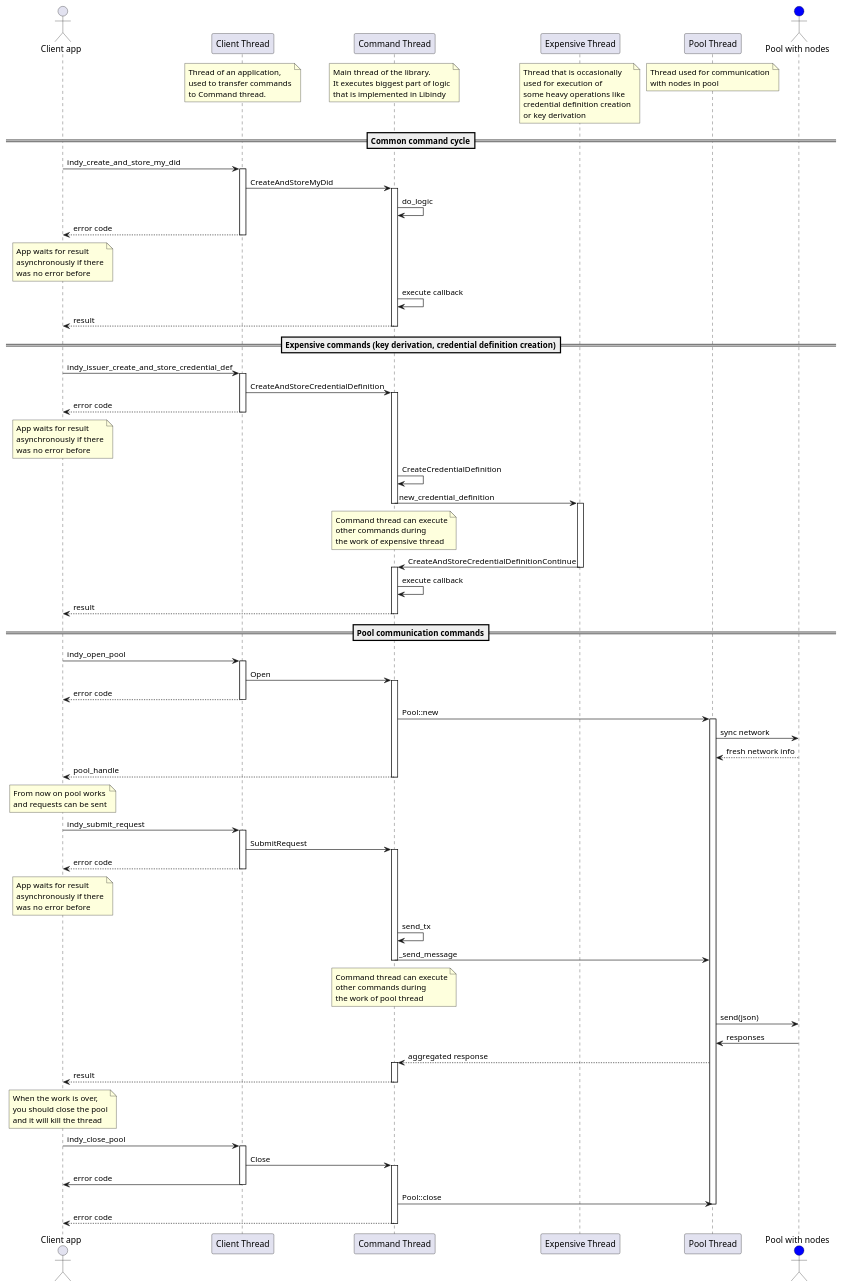
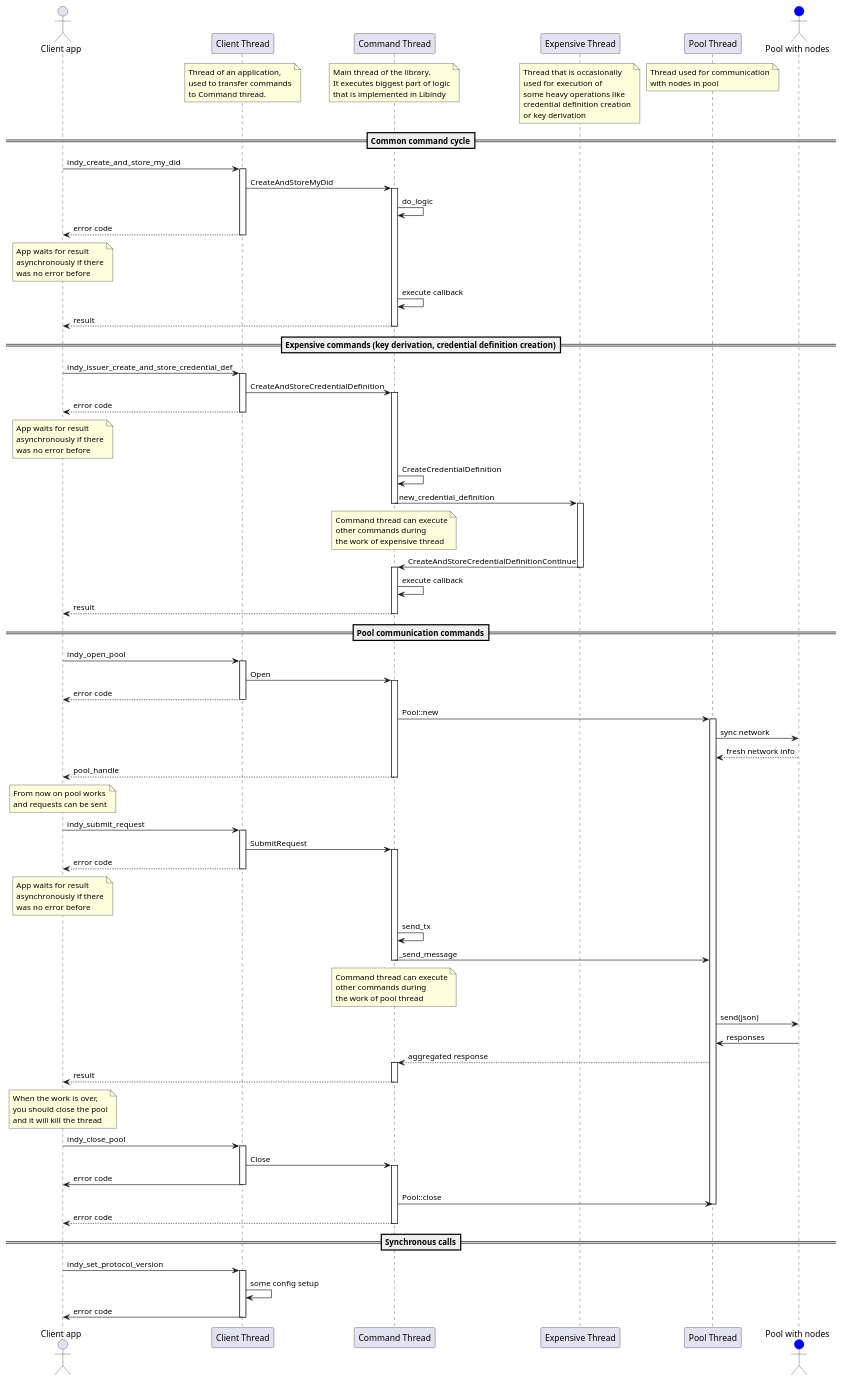
One commit to hyperledger-archives/indy-sdk changed the diagram in docs/architecture/threading-model.puml. Above: the diagram before and after it, drawn with PlantUML. The commit also changed 1 other file, not shown here.

```diff
--- a/docs/architecture/threading-model.puml
+++ b/docs/architecture/threading-model.puml
@@ -1,137 +1,144 @@
 @startuml
 actor "Client app" as App
 participant "Client Thread" as Client
 note over Client
     Thread of an application,
     used to transfer commands
     to Command thread.
 end note
 participant "Command Thread" as Command
 / note over Command
     Main thread of the library.
     It executes biggest part of logic
     that is implemented in Libindy
 end note
 participant "Expensive Thread" as Expensive
 / note over Expensive
     Thread that is occasionally
     used for execution of
     some heavy operations like
     credential definition creation
     or key derivation
 end note
 participant "Pool Thread" as Pool
 / note over Pool
     Thread used for communication
     with nodes in pool
 end note
 actor "Pool with nodes" as Nodes #blue
 
 ==Common command cycle==
 App -> Client: indy_create_and_store_my_did
 activate Client
 Client -> Command: CreateAndStoreMyDid
 activate Command
 Command -> Command: do_logic
 Client --> App: error code
 note over App
     App waits for result
     asynchronously if there
     was no error before
 end note
 deactivate Client
 Command -> Command: execute callback
 Command --> App: result
 deactivate Command
 
 ==Expensive commands (key derivation, credential definition creation)==
 App -> Client: indy_issuer_create_and_store_credential_def
 activate Client
 Client -> Command: CreateAndStoreCredentialDefinition
 activate Command
 Client --> App: error code
 deactivate Client
 note over App
     App waits for result
     asynchronously if there
     was no error before
 end note
 Command -> Command: CreateCredentialDefinition
 Command -> Expensive: new_credential_definition
 deactivate Command
 note over Command
     Command thread can execute
     other commands during
     the work of expensive thread
 end note
 activate Expensive
 Expensive -> Command: CreateAndStoreCredentialDefinitionContinue
 deactivate Expensive
 activate Command
 Command -> Command: execute callback
 Command --> App: result
 deactivate Command
 
 ==Pool communication commands==
 App -> Client: indy_open_pool
 activate Client
 Client -> Command: Open
 activate Command
 Client --> App: error code
 deactivate Client
 Command -> Pool: Pool::new
 activate Pool
 Pool -> Nodes: sync network
 Nodes --> Pool: fresh network info
 Command --> App: pool_handle
 deactivate Command
 
 note over App
     From now on pool works
     and requests can be sent
 end note
 
 App -> Client: indy_submit_request
 activate Client
 Client -> Command: SubmitRequest
 activate Command
 Client --> App: error code
 deactivate Client
 
 note over App
     App waits for result
     asynchronously if there
     was no error before
 end note
 Command -> Command: send_tx
 Command -> Pool: _send_message
 note over Command
     Command thread can execute
     other commands during
     the work of pool thread
 end note
 deactivate Command
 Pool -> Nodes: send(json)
 Nodes -> Pool: responses
 Pool --> Command: aggregated response
 activate Command
 Command --> App: result
 deactivate Command
 
 note over App
     When the work is over,
     you should close the pool
     and it will kill the thread
 end note
 
 App -> Client: indy_close_pool
 activate Client
 Client -> Command: Close
 activate Command
 Client -> App: error code
 deactivate Client
 Command -> Pool: Pool::close
 deactivate Pool
 Command --> App: error code
 deactivate Command
+
+==Synchronous calls==
+App -> Client: indy_set_protocol_version
+activate Client
+Client -> Client: some config setup
+Client -> App: error code
+deactivate Client
 @enduml
```
